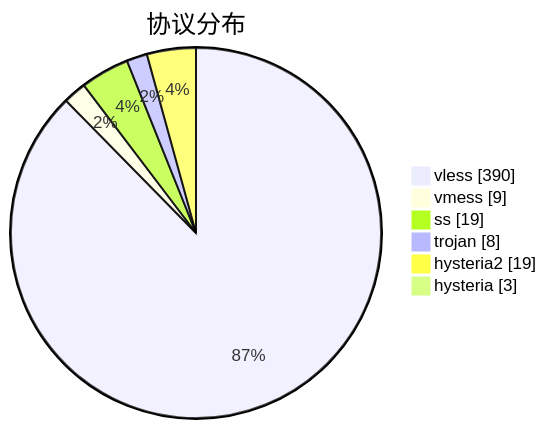
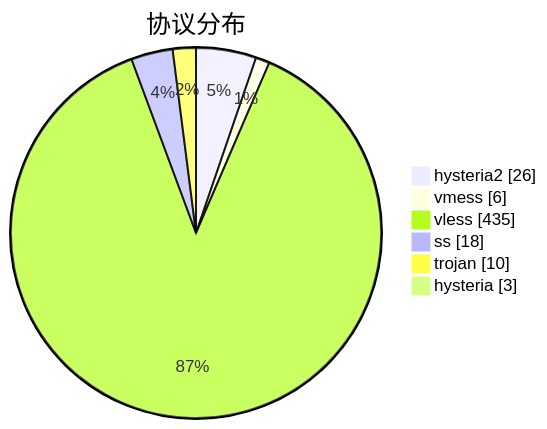
One commit to sinspired/airport changed the third of 3 diagrams in subs/statistics/tested_within.md. Above: the diagram before and after it, drawn with Mermaid. The commit also changed other lines of this file and 2 other files, not shown here.

````diff
--- a/subs/statistics/tested_within.md
+++ b/subs/statistics/tested_within.md
@@ -43,10 +42,10 @@
 ```mermaid
 pie showData
 title 协议分布
-"vless" : 390
-"vmess" : 9
-"ss" : 19
-"trojan" : 8
-"hysteria2" : 19
+"hysteria2" : 26
+"vmess" : 6
+"vless" : 435
+"ss" : 18
+"trojan" : 10
 "hysteria" : 3
 ```
````
